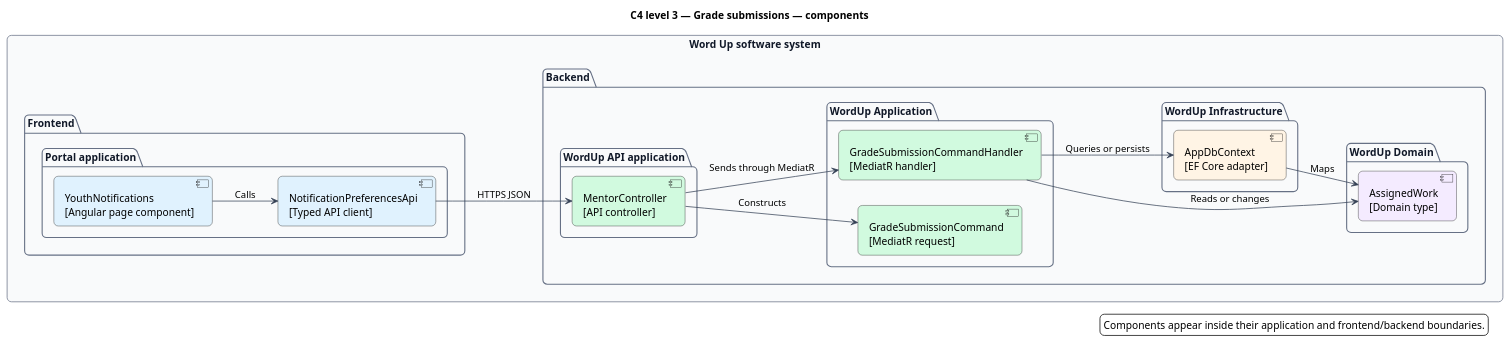
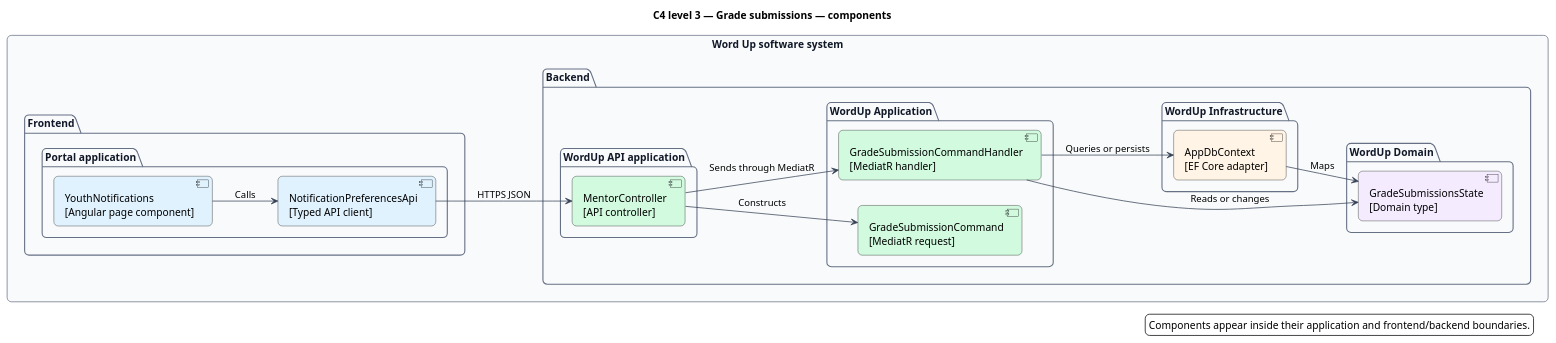
Before and after one commit to QuinntyneBrown/waypoint: the diagram in docs/detailed-designs/mentoring/grade-submissions/diagrams/c4-component.puml, drawn with PlantUML. The commit also changed 1112 other files, not shown here.

```diff
--- a/docs/detailed-designs/mentoring/grade-submissions/diagrams/c4-component.puml
+++ b/docs/detailed-designs/mentoring/grade-submissions/diagrams/c4-component.puml
@@ -1,51 +1,51 @@
 @startuml
 left to right direction
 title C4 level 3 — Grade submissions — components
 skinparam backgroundColor #FFFFFF
 skinparam shadowing false
 skinparam roundcorner 12
 skinparam defaultFontName Arial
 skinparam ArrowColor #344054
 skinparam rectangle {
   BorderColor #344054
   FontColor #101828
 }
 skinparam package {
   BorderColor #667085
   FontColor #101828
   BackgroundColor #F9FAFB
 }
 rectangle "Word Up software system" as wordup {
   package "Frontend" {
     package "Portal application" {
       component "YouthNotifications\n[Angular page component]" as page #E0F2FE
       component "NotificationPreferencesApi\n[Typed API client]" as client #E0F2FE
     }
   }
   package "Backend" {
     package "WordUp API application" {
       component "MentorController\n[API controller]" as controller #D1FADF
     }
     package "WordUp Application" {
       component "GradeSubmissionCommand\n[MediatR request]" as request #D1FADF
       component "GradeSubmissionCommandHandler\n[MediatR handler]" as handler #D1FADF
     }
     package "WordUp Domain" {
-      component "AssignedWork\n[Domain type]" as entity #F4EBFF
+      component "GradeSubmissionsState\n[Domain type]" as entity #F4EBFF
     }
     package "WordUp Infrastructure" {
       component "AppDbContext\n[EF Core adapter]" as persistence #FFF4E5
     }
   }
 }
 page --> client : Calls
 client --> controller : HTTPS JSON
 controller --> request : Constructs
 controller --> handler : Sends through MediatR
 handler --> entity : Reads or changes
 handler --> persistence : Queries or persists
 persistence --> entity : Maps
 legend right
   Components appear inside their application and frontend/backend boundaries.
 endlegend
 @enduml
```
